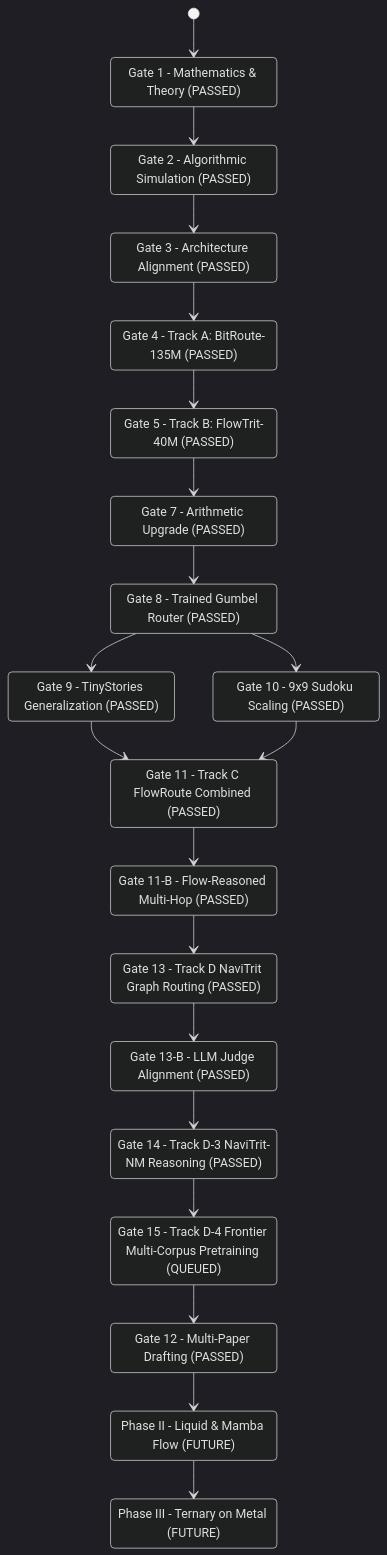
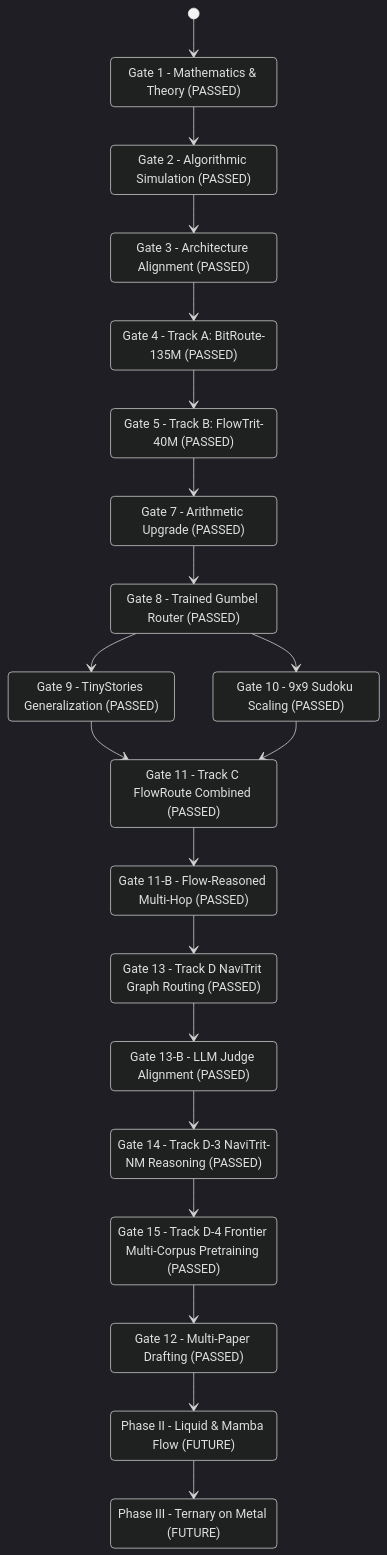
Before and after one commit to JadeZaher/ternary-memory-research: the diagram in research/conductor-track.md, drawn with Mermaid (dark theme). The commit also changed other lines of this file and 8 other files, not shown here.

Commit message:
feat(gate15): complete NaviTrit-10M multi-corpus pretraining and verification

````diff
--- a/research/conductor-track.md
+++ b/research/conductor-track.md
@@ -45,41 +45,41 @@
 ```mermaid
 stateDiagram-v2
     Gate1_Math : Gate 1 - Mathematics & Theory (PASSED)
     Gate2_Simulation : Gate 2 - Algorithmic Simulation (PASSED)
     Gate3_Architecture : Gate 3 - Architecture Alignment (PASSED)
     Gate4_ModelA : Gate 4 - Track A: BitRoute-135M (PASSED)
     Gate5_ModelB : Gate 5 - Track B: FlowTrit-40M (PASSED)
     Gate7_Arith  : Gate 7 - Arithmetic Upgrade (PASSED)
     Gate8_Router : Gate 8 - Trained Gumbel Router (PASSED)
     Gate9_Lang   : Gate 9 - TinyStories Generalization (PASSED)
     Gate10_Sud9  : Gate 10 - 9x9 Sudoku Scaling (PASSED)
     Gate11_Route : Gate 11 - Track C FlowRoute Combined (PASSED)
     Gate11B_FlowRoute : Gate 11-B - Flow-Reasoned Multi-Hop (PASSED)
     Gate12_Papers: Gate 12 - Multi-Paper Drafting (PASSED)
     Gate13_NaviTrit: Gate 13 - Track D NaviTrit Graph Routing (PASSED)
     Gate13B_Judge: Gate 13-B - LLM Judge Alignment (PASSED)
     Gate14_NaviTritNM: Gate 14 - Track D-3 NaviTrit-NM Reasoning (PASSED)
-    Gate15_Frontier: Gate 15 - Track D-4 Frontier Multi-Corpus Pretraining (QUEUED)
+    Gate15_Frontier: Gate 15 - Track D-4 Frontier Multi-Corpus Pretraining (PASSED)
     PhaseII_TrackE : Phase II - Liquid & Mamba Flow (FUTURE)
     PhaseIII_TrackF : Phase III - Ternary on Metal (FUTURE)
 
     [*] --> Gate1_Math
     Gate1_Math --> Gate2_Simulation
     Gate2_Simulation --> Gate3_Architecture
     Gate3_Architecture --> Gate4_ModelA
     Gate4_ModelA --> Gate5_ModelB
     Gate5_ModelB --> Gate7_Arith
     Gate7_Arith --> Gate8_Router
     Gate8_Router --> Gate9_Lang
     Gate8_Router --> Gate10_Sud9
     Gate9_Lang --> Gate11_Route
     Gate10_Sud9 --> Gate11_Route
     Gate11_Route --> Gate11B_FlowRoute
     Gate11B_FlowRoute --> Gate13_NaviTrit
     Gate13_NaviTrit --> Gate13B_Judge
     Gate13B_Judge --> Gate14_NaviTritNM
     Gate14_NaviTritNM --> Gate15_Frontier
     Gate15_Frontier --> Gate12_Papers
     Gate12_Papers --> PhaseII_TrackE
     PhaseII_TrackE --> PhaseIII_TrackF
 ```
````
